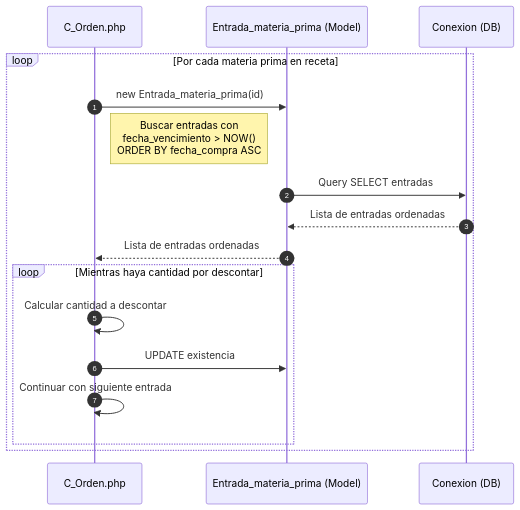
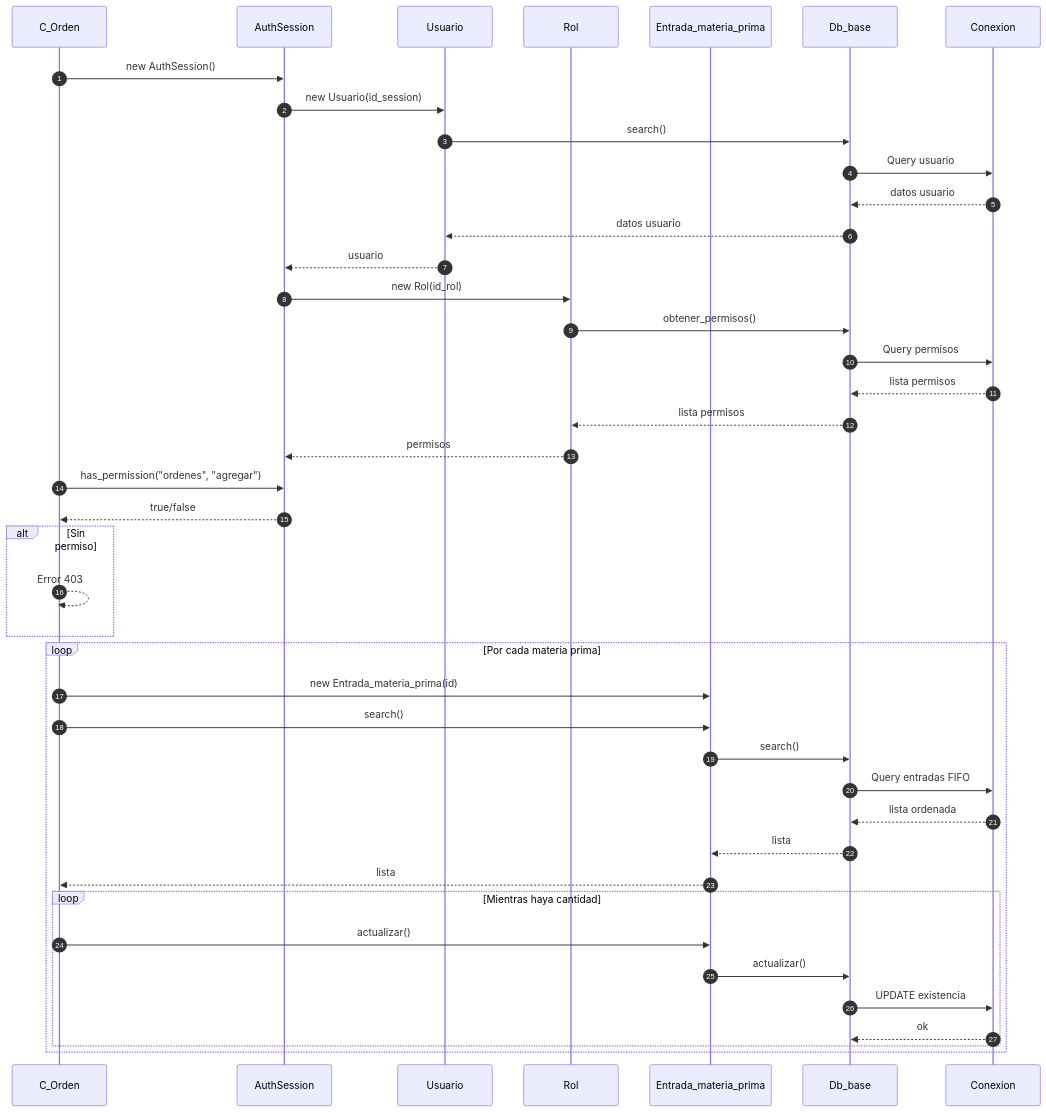
The fifth of 5 diagrams in docs/secuencia/materia_prima/materia_prima.md (Tecrato/BurgerHouse), drawn with Mermaid before and after one commit. The commit also changed other lines of this file and 13 other files, not shown here.

First line of the commit message:
diagramas actualizaos

````diff
--- a/docs/secuencia/materia_prima/materia_prima.md
+++ b/docs/secuencia/materia_prima/materia_prima.md
@@ -116,23 +185,50 @@
 ```mermaid
 sequenceDiagram
     autonumber
-    participant C_Orden as C_Orden.php
-    participant Entrada_mp as Entrada_materia_prima (Model)
-    participant DB as Conexion (DB)
+    participant C_Orden as C_Orden
+    participant AuthSession as AuthSession
+    participant Usuario as Usuario
+    participant Rol as Rol
+    participant Entrada_mp as Entrada_materia_prima
+    participant Db_base as Db_base
+    participant Conexion as Conexion
     
-    loop Por cada materia prima en receta
+    C_Orden->>AuthSession: new AuthSession()
+    AuthSession->>Usuario: new Usuario(id_session)
+    Usuario->>Db_base: search()
+    Db_base->>Conexion: Query usuario
+    Conexion-->>Db_base: datos usuario
+    Db_base-->>Usuario: datos usuario
+    Usuario-->>AuthSession: usuario
+    
+    AuthSession->>Rol: new Rol(id_rol)
+    Rol->>Db_base: obtener_permisos()
+    Db_base->>Conexion: Query permisos
+    Conexion-->>Db_base: lista permisos
+    Db_base-->>Rol: lista permisos
+    Rol-->>AuthSession: permisos
+    
+    C_Orden->>AuthSession: has_permission("ordenes", "agregar")
+    AuthSession-->>C_Orden: true/false
+    
+    alt Sin permiso
+        C_Orden-->>C_Orden: Error 403
+    end
+    
+    loop Por cada materia prima
         C_Orden->>Entrada_mp: new Entrada_materia_prima(id)
+        C_Orden->>Entrada_mp: search()
+        Entrada_mp->>Db_base: search()
+        Db_base->>Conexion: Query entradas FIFO
+        Conexion-->>Db_base: lista ordenada
+        Db_base-->>Entrada_mp: lista
+        Entrada_mp-->>C_Orden: lista
         
-        Note right of C_Orden: Buscar entradas con<br/>fecha_vencimiento > NOW()<br/>ORDER BY fecha_compra ASC
-        
-        Entrada_mp->>DB: Query SELECT entradas
-        DB-->>Entrada_mp: Lista de entradas ordenadas
-        Entrada_mp-->>C_Orden: Lista de entradas ordenadas
-        
-        loop Mientras haya cantidad por descontar
-            C_Orden->>C_Orden: Calcular cantidad a descontar
-            C_Orden->>Entrada_mp: UPDATE existencia
-            C_Orden->>C_Orden: Continuar con siguiente entrada
+        loop Mientras haya cantidad
+            C_Orden->>Entrada_mp: actualizar()
+            Entrada_mp->>Db_base: actualizar()
+            Db_base->>Conexion: UPDATE existencia
+            Conexion-->>Db_base: ok
         end
     end
 ```
````
